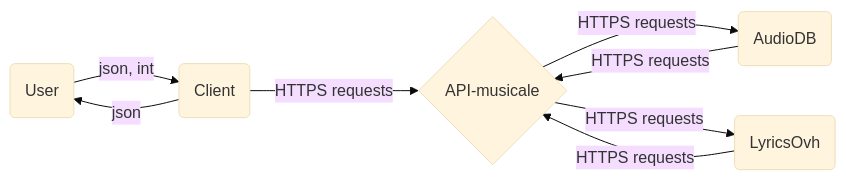
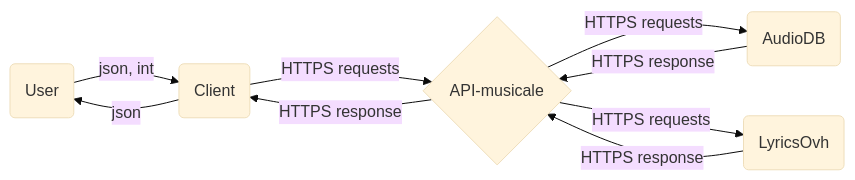
Before and after one commit to DonMako/API-musicale: the diagram in README.md, drawn with Mermaid (base theme). The commit also changed other lines of this file and 1 other file, not shown here.

Commit message:
Correction du schéma d'architecture du README.md

````diff
--- a/README.md
+++ b/README.md
@@ -3,10 +3,11 @@
 ```mermaid
 flowchart LR
     A(User) -->|json, int| B(Client)
     B -->|json| A
     B -->|HTTPS requests| C{API-musicale}
+    C -->|HTTPS response| B
     C -->|HTTPS requests| D(AudioDB)
     C -->|HTTPS requests| E(LyricsOvh)
-    D -->|HTTPS requests| C
-    E -->|HTTPS requests| C
+    D -->|HTTPS response| C
+    E -->|HTTPS response| C
 ```
````
